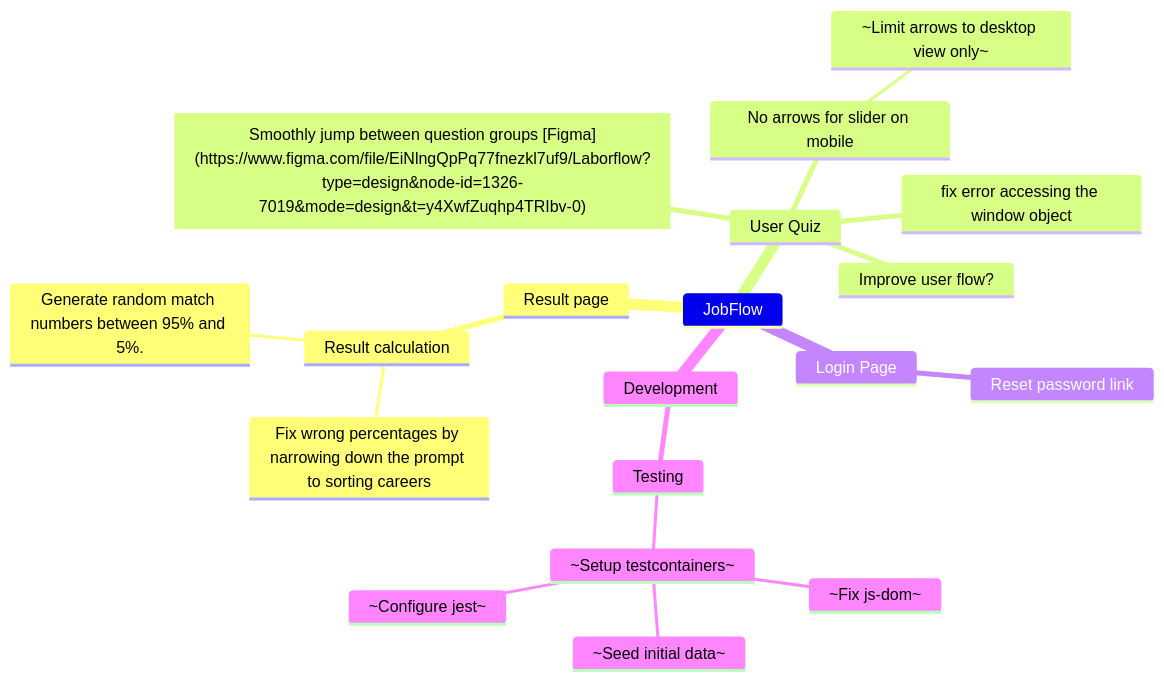
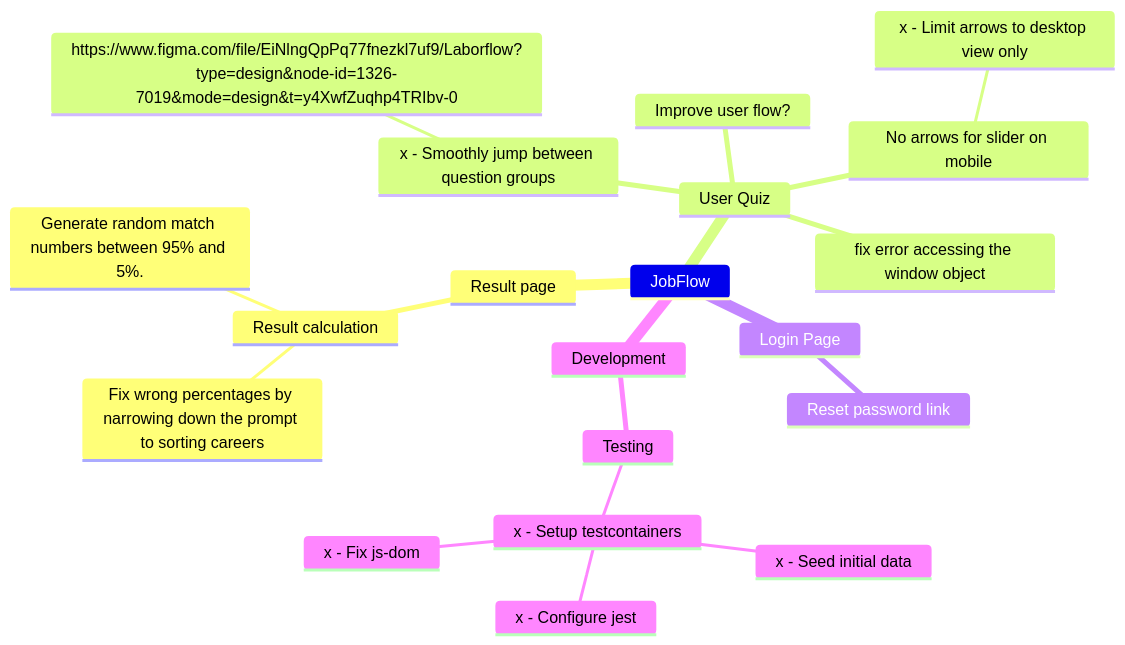
Before and after one commit to alexkochnev1987/jobflow: the diagram in README.md, drawn with Mermaid.

Commit message:
update diagram

````diff
--- a/README.md
+++ b/README.md
@@ -7,23 +7,24 @@
 ```mermaid
 mindmap
     JobFlow
       Result page
         Result calculation
           Fix wrong percentages by narrowing down the prompt to sorting careers
           Generate random match numbers between 95% and 5%.
       User Quiz
-        ["`Smoothly jump between question groups [Figma](https://www.figma.com/file/EiNlngQpPq77fnezkl7uf9/Laborflow?type=design&node-id=1326-7019&mode=design&t=y4XwfZuqhp4TRIbv-0)`"]
+        x - Smoothly jump between question groups
+          https://www.figma.com/file/EiNlngQpPq77fnezkl7uf9/Laborflow?type=design&node-id=1326-7019&mode=design&t=y4XwfZuqhp4TRIbv-0
         No arrows for slider on mobile
-          ~Limit arrows to desktop view only~
+          x - Limit arrows to desktop view only
         fix error accessing the window object
         Improve user flow?
       Login Page
         Reset password link
 
       Development
         Testing
-          ~Setup testcontainers~
-            ~Fix js-dom~
-            ~Seed initial data~
-            ~Configure jest~
+          x - Setup testcontainers
+            x - Fix js-dom
+            x - Seed initial data
+            x - Configure jest
 ```
````
